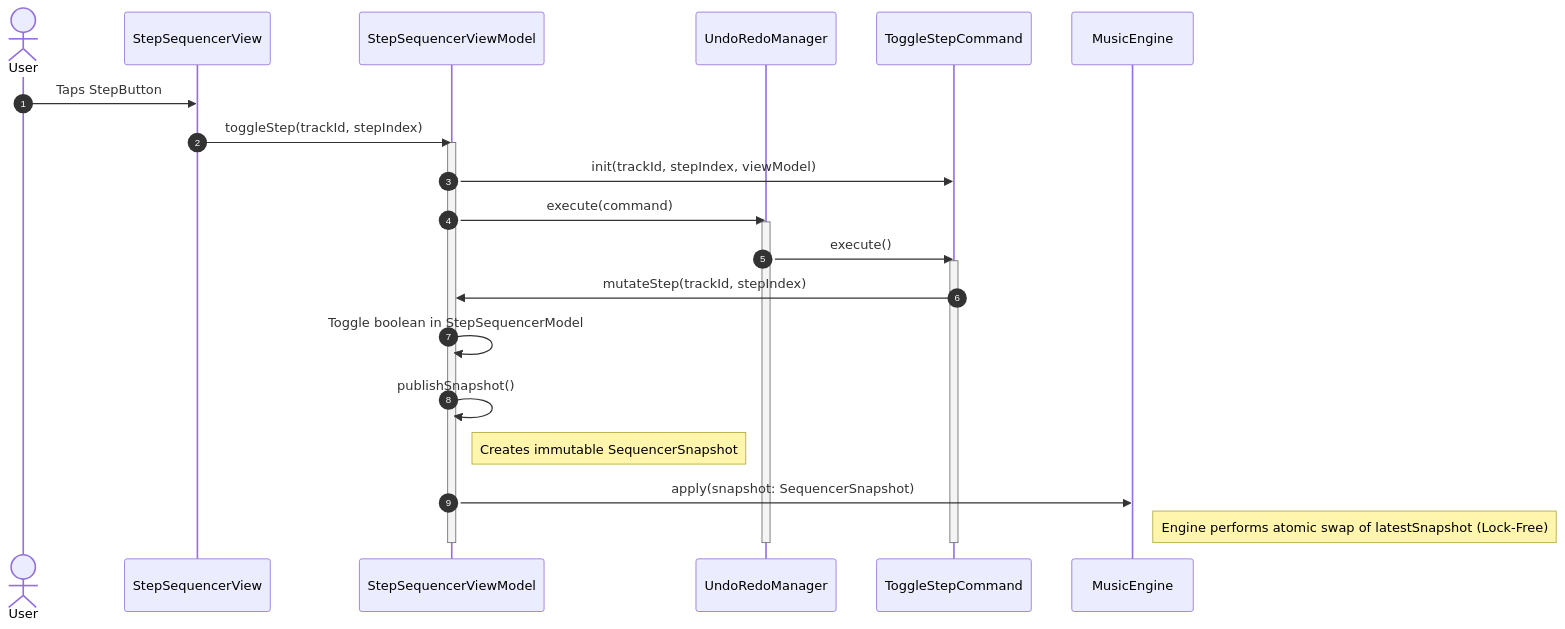
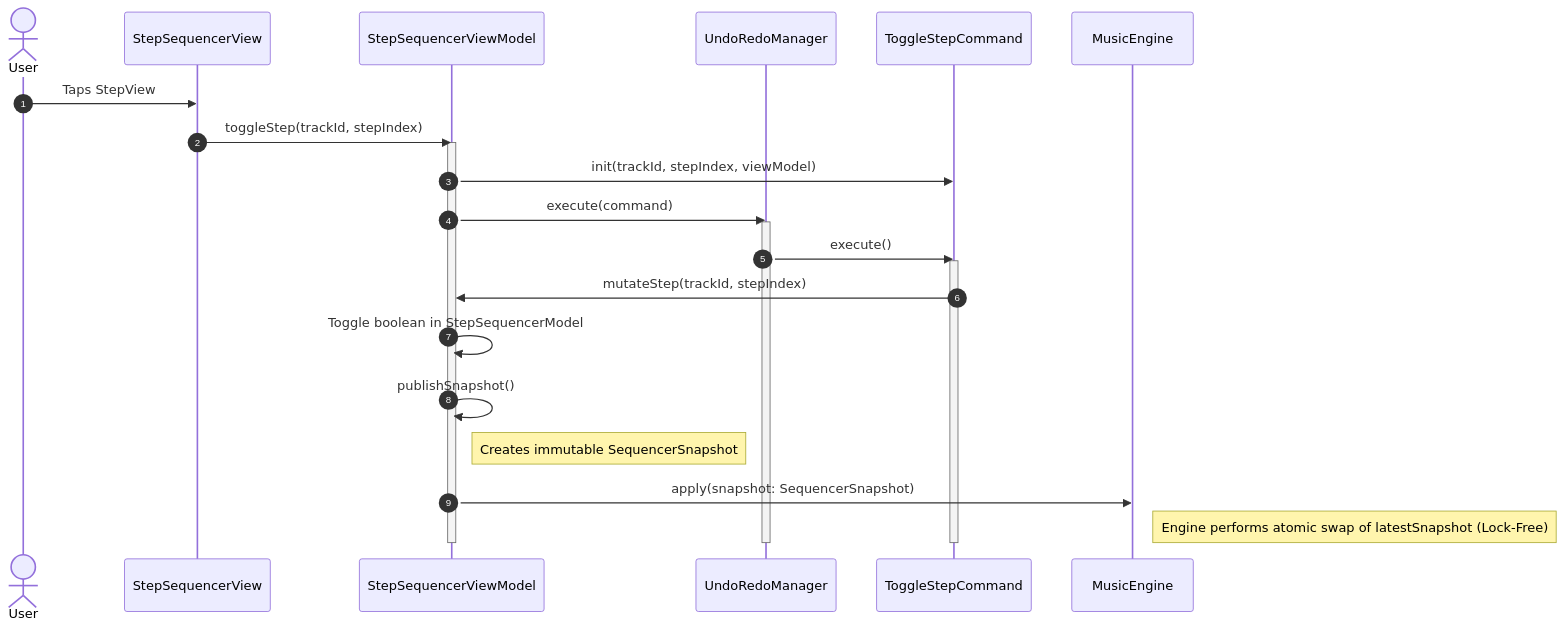
One commit to cs3217-2526/group-project-metrojuicepaak changed the diagram in docs/sequence diagrams/StepSequencer/live_editing_flow.mmd. Above: the diagram before and after it, drawn with Mermaid. The commit also changed 6 other files, not shown here.

```diff
--- a/docs/sequence diagrams/StepSequencer/live_editing_flow.mmd
+++ b/docs/sequence diagrams/StepSequencer/live_editing_flow.mmd
@@ -1,35 +1,35 @@
 sequenceDiagram
     autonumber
     actor User
     participant View as StepSequencerView
     participant VM as StepSequencerViewModel
     participant URM as UndoRedoManager
     participant Cmd as ToggleStepCommand
     participant Engine as MusicEngine
 
-    User->>View: Taps StepButton
+    User->>View: Taps StepView
     View->>VM: toggleStep(trackId, stepIndex)
     activate VM
     
     %% Command Creation
     VM->>Cmd: init(trackId, stepIndex, viewModel)
     VM->>URM: execute(command)
     activate URM
     
     %% Command Execution
     URM->>Cmd: execute()
     activate Cmd
     Cmd->>VM: mutateStep(trackId, stepIndex)
     
     %% State Mutation & Snapshot Generation
     VM->>VM: Toggle boolean in StepSequencerModel
     VM->>VM: publishSnapshot()
     note right of VM: Creates immutable SequencerSnapshot
     
     %% The Bridge
     VM->>Engine: apply(snapshot: SequencerSnapshot)
     note right of Engine: Engine performs atomic swap of latestSnapshot (Lock-Free)
     
     deactivate Cmd
     deactivate URM
     deactivate VM
```
